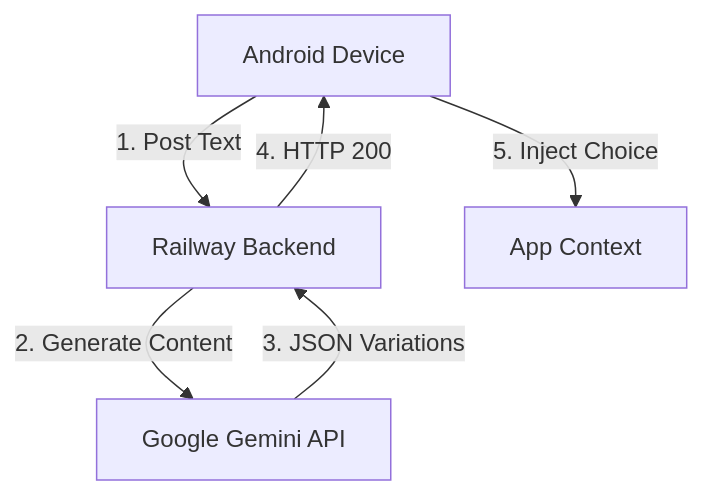
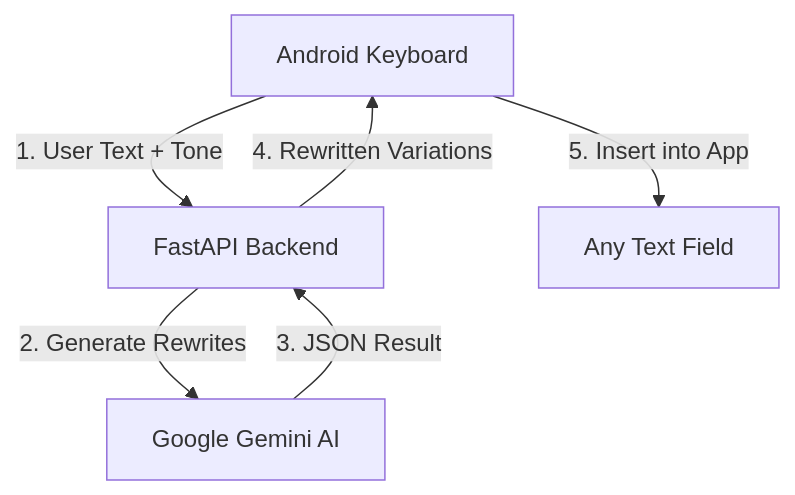
One commit to Amanjha112113/wordtone-api changed the diagram in README.md. Above: the diagram before and after it, drawn with Mermaid. The commit also changed other lines of this file, not shown here.

````diff
--- a/README.md
+++ b/README.md
@@ -25,8 +50,8 @@
 ```mermaid
 graph TD
-    A[Android Device] -->|1. Post Text| B[Railway Backend]
-    B -->|2. Generate Content| C[Google Gemini API]
-    C -->|3. JSON Variations| B
-    B -->|4. HTTP 200| A
-    A -->|5. Inject Choice| D[App Context]
+    A[Android Keyboard] -->|1. User Text + Tone| B[FastAPI Backend]
+    B -->|2. Generate Rewrites| C[Google Gemini AI]
+    C -->|3. JSON Result| B
+    B -->|4. Rewritten Variations| A
+    A -->|5. Insert into App| D[Any Text Field]
 ```
````
